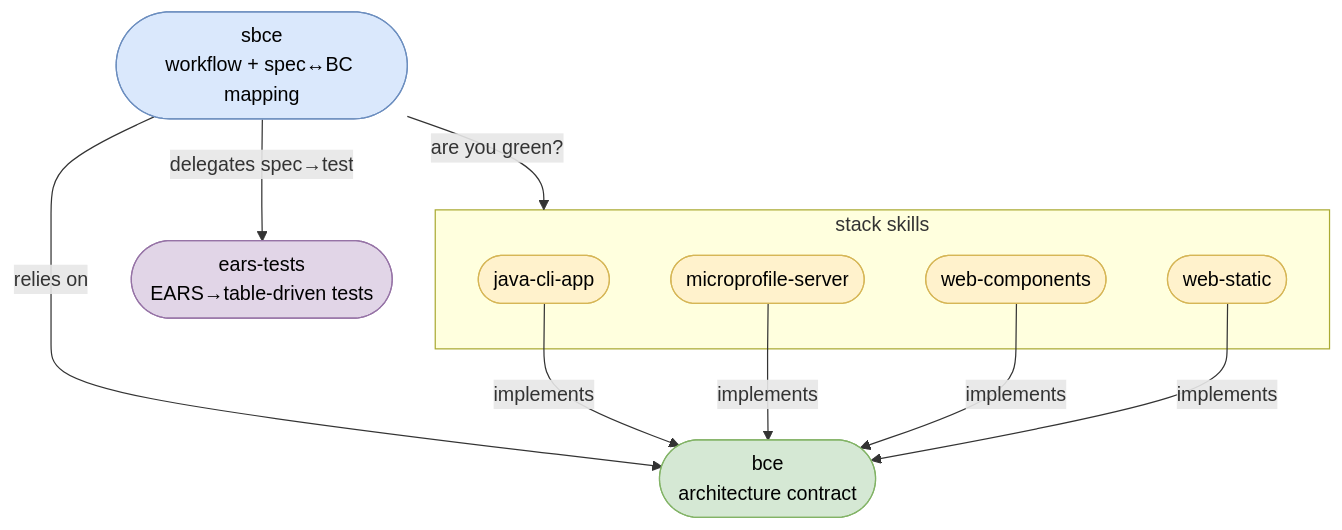
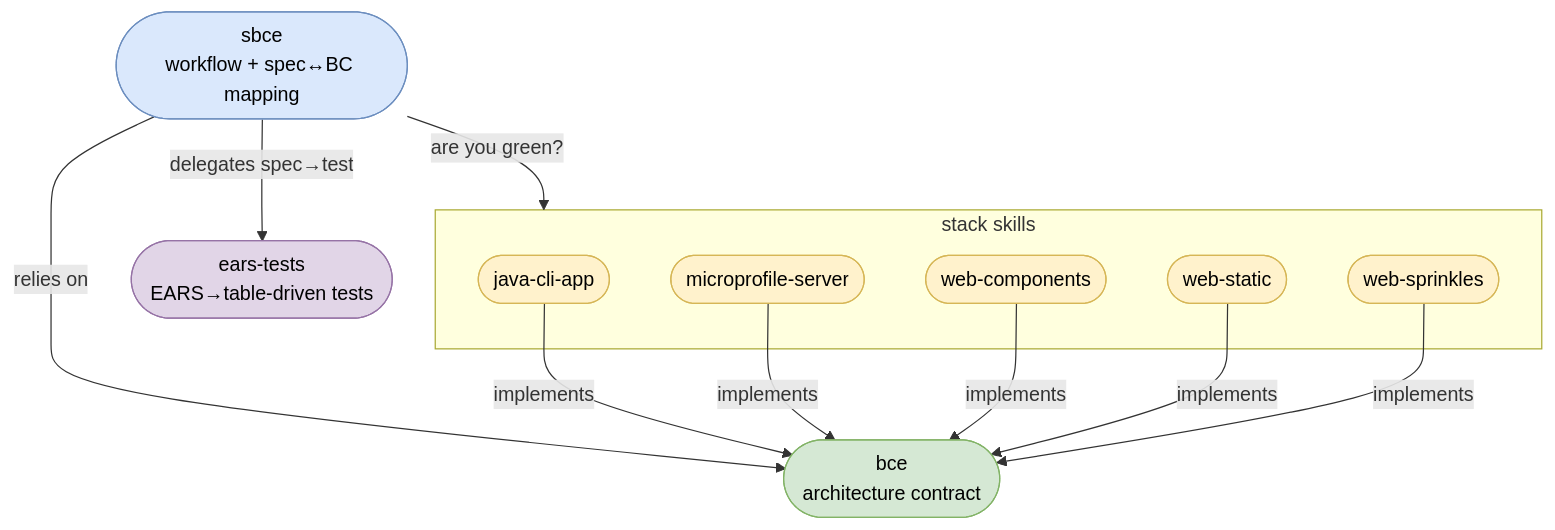
Before and after one commit to AdamBien/airails: the diagram in bce/sbce/README.md, drawn with Mermaid. The commit also changed other lines of this file and 14 other files, not shown here.

Commit message:
web-static extended with web sprinkles

````diff
--- a/bce/sbce/README.md
+++ b/bce/sbce/README.md
@@ -37,30 +38,32 @@
 ```mermaid
 graph TD
     SBCE([sbce<br>workflow + spec↔BC mapping])
     BCE([bce<br>architecture contract])
     EARS([ears-tests<br>EARS→table-driven tests])
 
     subgraph StackSkills[stack skills]
         JavaCli([java-cli-app])
         MicroProfile([microprofile-server])
         WebComponents([web-components])
         WebStatic([web-static])
+        WebSprinkles([web-sprinkles])
     end
 
     SBCE -->|relies on| BCE
     SBCE -->|delegates spec→test| EARS
     SBCE -->|"are you green?"| StackSkills
     JavaCli -->|implements| BCE
     MicroProfile -->|implements| BCE
     WebComponents -->|implements| BCE
     WebStatic -->|implements| BCE
+    WebSprinkles -->|implements| BCE
 
     classDef workflow fill:#dae8fc,stroke:#6c8ebf,color:#000
     classDef contract fill:#d5e8d4,stroke:#82b366,color:#000
     classDef transform fill:#e1d5e7,stroke:#9673a6,color:#000
     classDef stack fill:#fff2cc,stroke:#d6b656,color:#000
     class SBCE workflow
     class BCE contract
     class EARS transform
-    class JavaCli,MicroProfile,WebComponents,WebStatic stack
+    class JavaCli,MicroProfile,WebComponents,WebStatic,WebSprinkles stack
 ```
````
